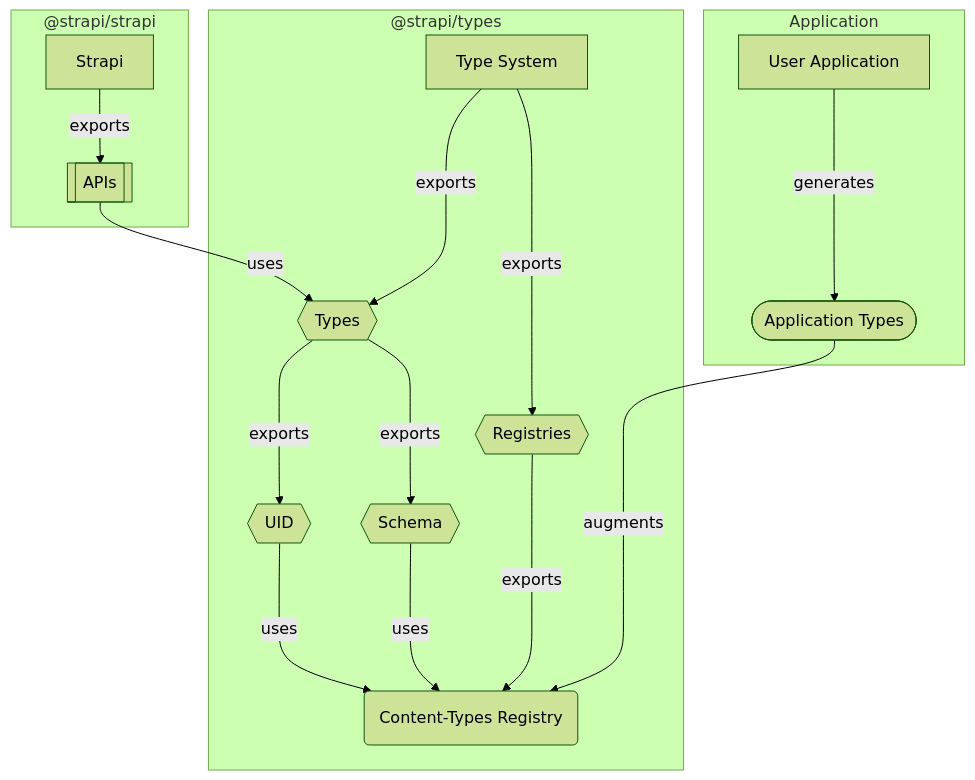
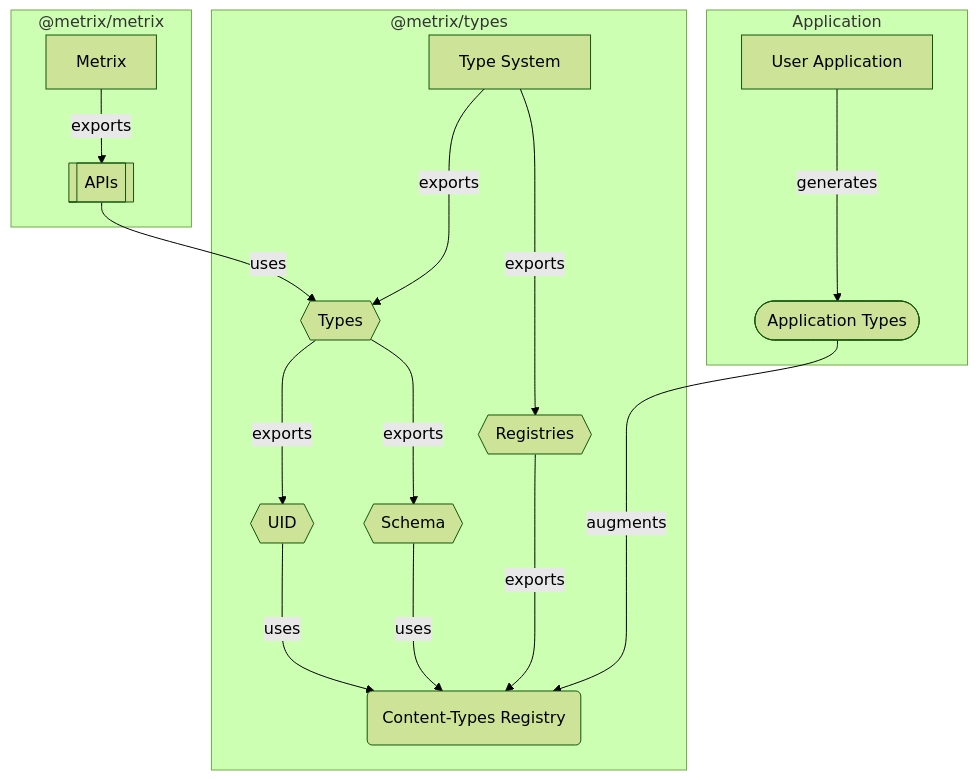
Before and after one commit to Metrix-Labs/metrix: the diagram in docs/docs/guides/05-type-system/02-concepts/03-public-registry.mdx, drawn with Mermaid (forest theme). The commit also changed other lines of this file and 2872 other files, not shown here.

Commit message:
Rename Strapi → Metrix: FS moves, packages, code and docs; add codemods and rename scripts

````diff
--- a/docs/docs/guides/05-type-system/02-concepts/03-public-registry.mdx
+++ b/docs/docs/guides/05-type-system/02-concepts/03-public-registry.mdx
@@ -57,44 +57,44 @@
 ```mermaid
 flowchart TB;
   %% Main node
   ContentTypeRegistry("Content-Types Registry")
 
   %% App
   subgraph Application
     %% Nodes
     UserApp["User Application"]
     UserSchema(["Application Types"])
 
     %% Links
     UserApp -- "generates" ---> UserSchema
   end
 
   %% Type System
-  subgraph TypesPackage["@strapi/types"]
+  subgraph TypesPackage["@metrix/types"]
     %% Nodes
     TypeSystem["Type System"]
     Types{{Types}}
     Registries{{Registries}}
     UID{{UID}}
     Schema{{Schema}}
 
     %% Links
     TypeSystem -- "exports" ---> Types & Registries
     Types -- "exports" ---> UID & Schema -- "uses" ---> ContentTypeRegistry
     Registries -- "exports" ----> ContentTypeRegistry
   end
 
-  %% Strapi
-  subgraph StrapiPackage["@strapi/strapi"]
+  %% Metrix
+  subgraph StrapiPackage["@metrix/metrix"]
     %% Nodes
-    Strapi["Strapi"]
+    Metrix["Metrix"]
     APIs[["APIs"]]
 
     %% Links
-    Strapi -- "exports" --> APIs
+    Metrix -- "exports" --> APIs
     APIs -- "uses" --> Types
   end
 
   %% This link needs to be placed last to preserve the layout
   UserSchema -- "augments" -----> ContentTypeRegistry
 ```
````
